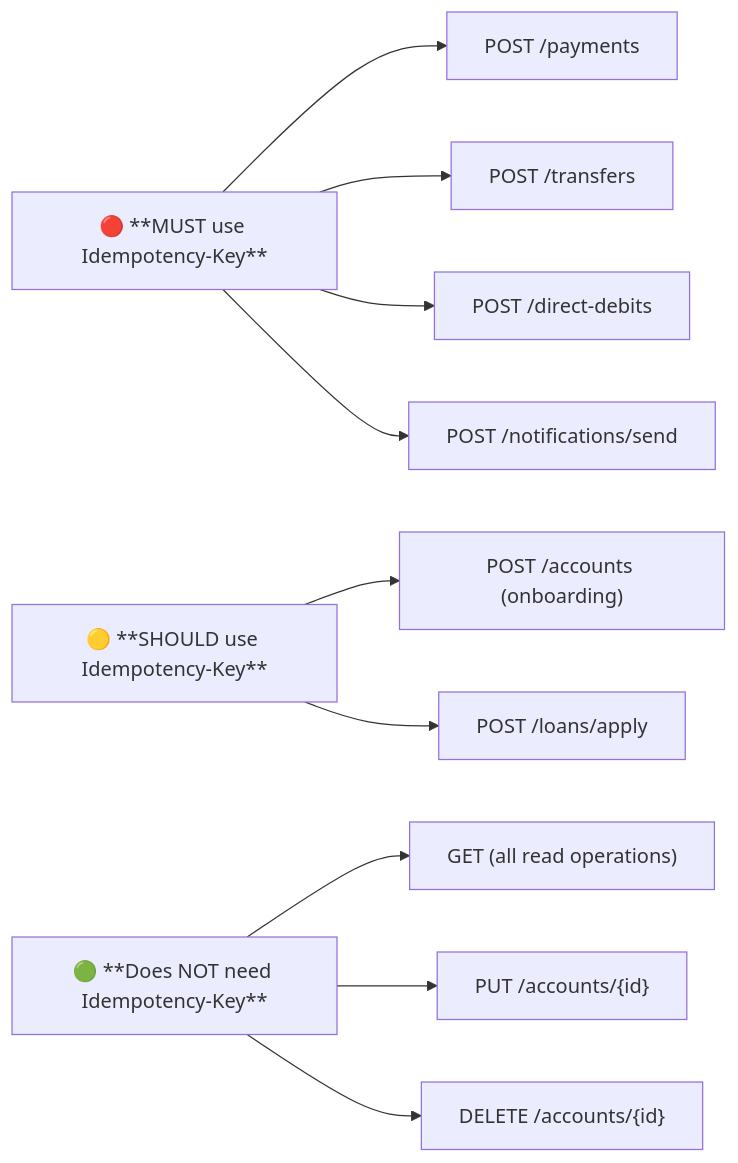
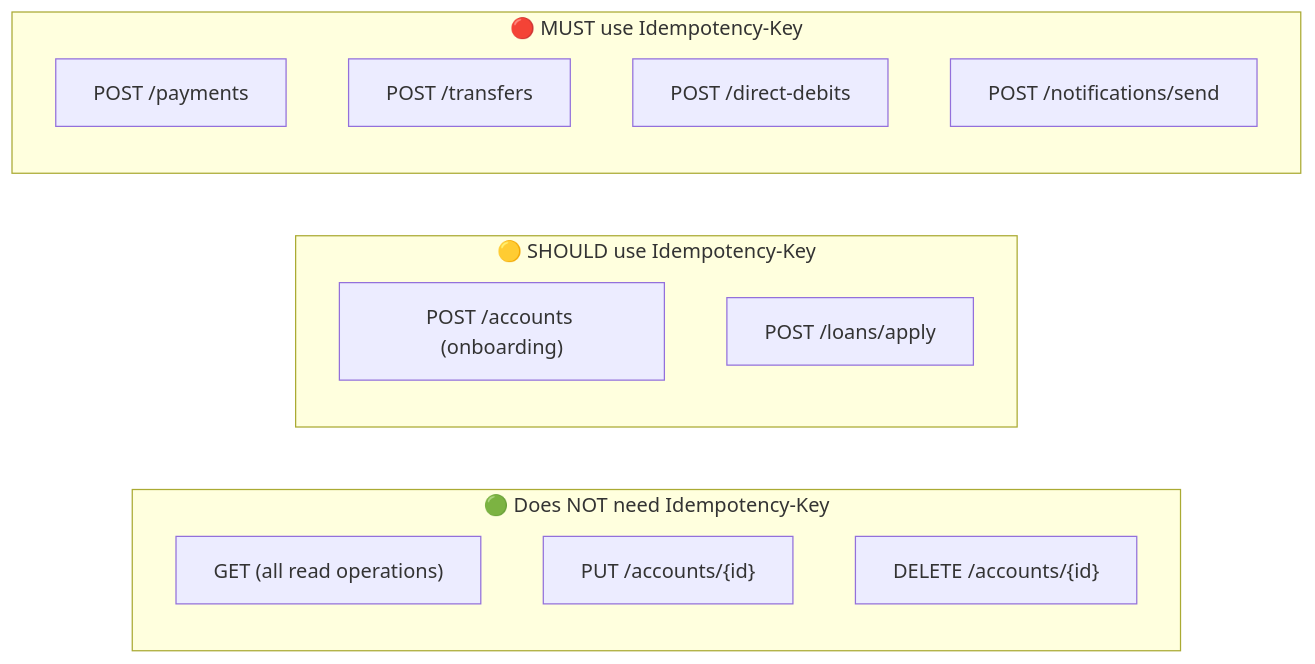
The eighth of 8 diagrams in internal/fundamentals/api-fundamentals/02-idempotency.md (romangurevitch/GoTraining), drawn with Mermaid before and after one commit. The commit also changed other lines of this file and 20 other files, not shown here.

````diff
--- a/internal/fundamentals/api-fundamentals/02-idempotency.md
+++ b/internal/fundamentals/api-fundamentals/02-idempotency.md
@@ -181,18 +194,27 @@
 ```mermaid
-graph LR
-    MUST["🔴 **MUST use Idempotency-Key**"]
-    SHOULD["🟡 **SHOULD use Idempotency-Key**"]
-    NOTNEED["🟢 **Does NOT need Idempotency-Key**"]
+graph TD
+    subgraph MUST_sub["🔴 MUST use Idempotency-Key"]
+        direction TB
+        M1["POST /payments"]
+        M2["POST /transfers"]
+        M3["POST /direct-debits"]
+        M4["POST /notifications/send"]
+    end
 
-    MUST --> M1["POST /payments"]
-    MUST --> M2["POST /transfers"]
-    MUST --> M3["POST /direct-debits"]
-    MUST --> M4["POST /notifications/send"]
+    MUST_sub ~~~ SHOULD_sub
 
-    SHOULD --> S1["POST /accounts (onboarding)"]
-    SHOULD --> S2["POST /loans/apply"]
+    subgraph SHOULD_sub["🟡 SHOULD use Idempotency-Key"]
+        direction TB
+        S1["POST /accounts (onboarding)"]
+        S2["POST /loans/apply"]
+    end
 
-    NOTNEED --> N1["GET (all read operations)"]
-    NOTNEED --> N2["PUT /accounts/{id}"]
-    NOTNEED --> N3["DELETE /accounts/{id}"]
+    SHOULD_sub ~~~ NOTNEED_sub
+
+    subgraph NOTNEED_sub["🟢 Does NOT need Idempotency-Key"]
+        direction TB
+        N1["GET (all read operations)"]
+        N2["PUT /accounts/{id}"]
+        N3["DELETE /accounts/{id}"]
+    end
 ```
````
